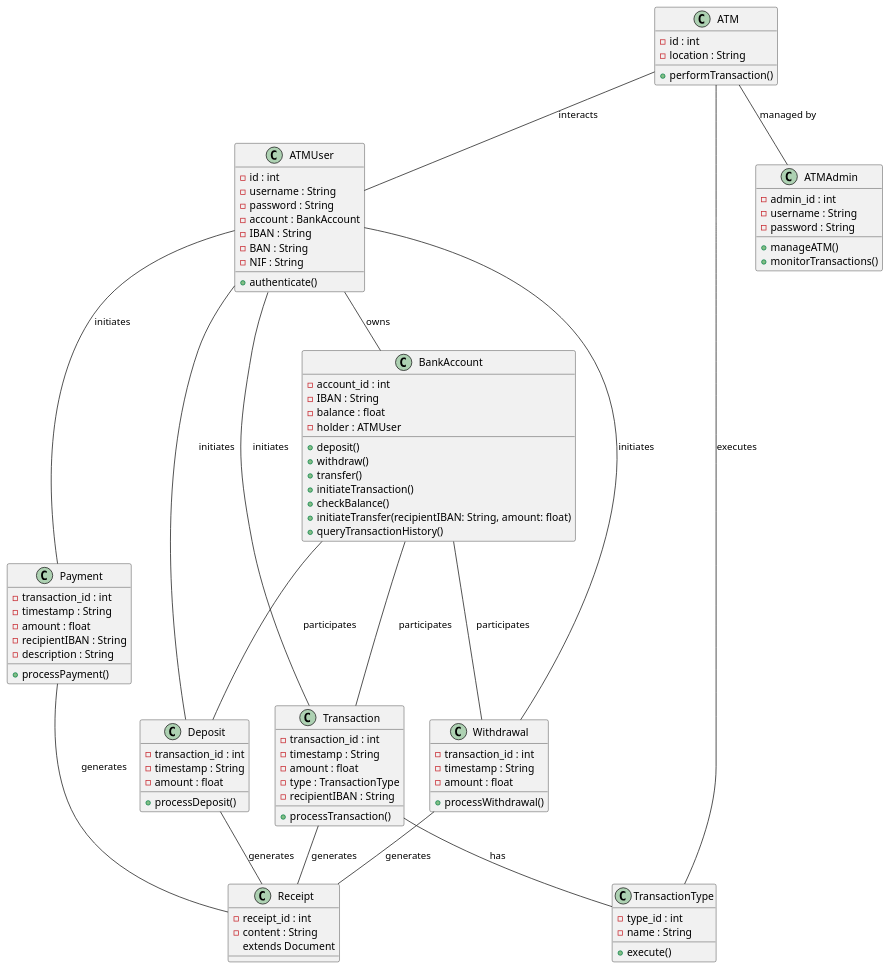
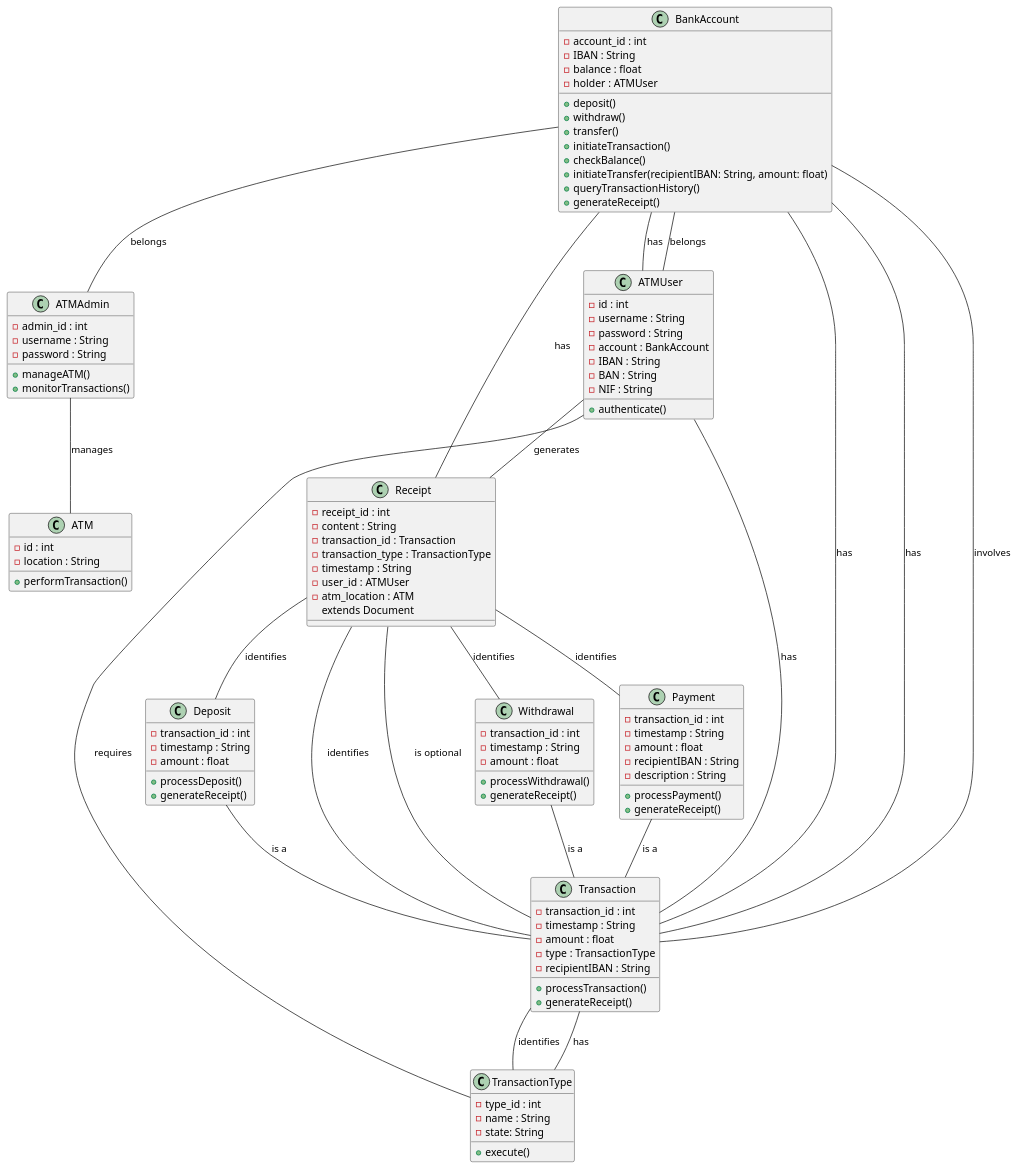
One commit to brunoUpskill2/ProjetoATM changed the diagram in Diagramas/DiagramaClasses.plantuml. Above: the diagram before and after it, drawn with PlantUML. The commit also changed other lines of this file, not shown here.

Commit message:
diagramaclasses recibo

```diff
--- a/Diagramas/DiagramaClasses.plantuml
+++ b/Diagramas/DiagramaClasses.plantuml
@@ -1,103 +1,121 @@
 @startuml ATMSystem
 
 class ATM {
     -id : int
     -location : String
     +performTransaction()
 }
 
 class ATMUser {
     -id : int
     -username : String
     -password : String
     -account : BankAccount
     -IBAN : String
     -BAN : String
     -NIF : String
     +authenticate()
     
 }
 
 class ATMAdmin {
     -admin_id : int
     -username : String
     -password : String
     +manageATM()
     +monitorTransactions()
 }
 
 class BankAccount {
     -account_id : int
     -IBAN : String
     -balance : float
     -holder : ATMUser
     +deposit()
     +withdraw()
     +transfer()
     +initiateTransaction()
     +checkBalance()
     +initiateTransfer(recipientIBAN: String, amount: float)
     +queryTransactionHistory()
+    +generateReceipt()
 }
 
 class Deposit {
     -transaction_id : int
     -timestamp : String
     -amount : float
     +processDeposit()
+    +generateReceipt()
 }
 
 class Withdrawal {
     -transaction_id : int
     -timestamp : String
     -amount : float
     +processWithdrawal()
+    +generateReceipt()
 }
 
 class Payment {
     -transaction_id : int
     -timestamp : String
     -amount : float
     -recipientIBAN : String
     -description : String
     +processPayment()
+    +generateReceipt()
 }
 
 class Transaction {
     -transaction_id : int
     -timestamp : String
     -amount : float
     -type : TransactionType
     -recipientIBAN : String
     +processTransaction()
+    +generateReceipt()
 }
 
 class TransactionType {
     -type_id : int
     -name : String
+    -state: String
     +execute()
 }
 class Receipt {
     -receipt_id : int
     -content : String
+    -transaction_id : Transaction
+    -transaction_type : TransactionType
+    -timestamp : String
+    -user_id : ATMUser
+    -atm_location : ATM
     extends Document
 }
 
-ATM -- ATMUser : interacts
-ATM -- ATMAdmin : managed by
-ATMUser -- BankAccount : owns
-ATMUser -- Deposit : initiates
-ATMUser -- Withdrawal : initiates
-ATMUser -- Payment : initiates
-ATMUser -- Transaction : initiates
-BankAccount -- Deposit : participates
-BankAccount -- Withdrawal : participates
-BankAccount -- Transaction : participates
-Payment -- Receipt : generates
-Deposit -- Receipt : generates
-Withdrawal -- Receipt : generates
+
+
+Deposit -- Transaction : is a
+Withdrawal -- Transaction : is a
+Payment -- Transaction : is a
+Transaction -- BankAccount : involves
+BankAccount -- Transaction : has
+BankAccount -- Receipt : has
+ATMUser -- Receipt : generates
+ATMUser -- BankAccount : has
+ATMUser -- Transaction : has
+BankAccount -- Transaction : has
 Transaction -- TransactionType : has
-Transaction -- Receipt : generates
-TransactionType -- ATM : executes
+TransactionType -- ATMUser : requires
+Receipt -- Transaction : identifies
+Receipt -- Deposit : identifies
+Receipt -- Withdrawal : identifies
+Receipt -- Payment : identifies
+TransactionType -- Transaction : identifies
+BankAccount -- ATMUser : belongs
+BankAccount -- ATMAdmin : belongs
+ATMAdmin -- ATM : manages
 
+Receipt -- Transaction : is optional
 @enduml
```
